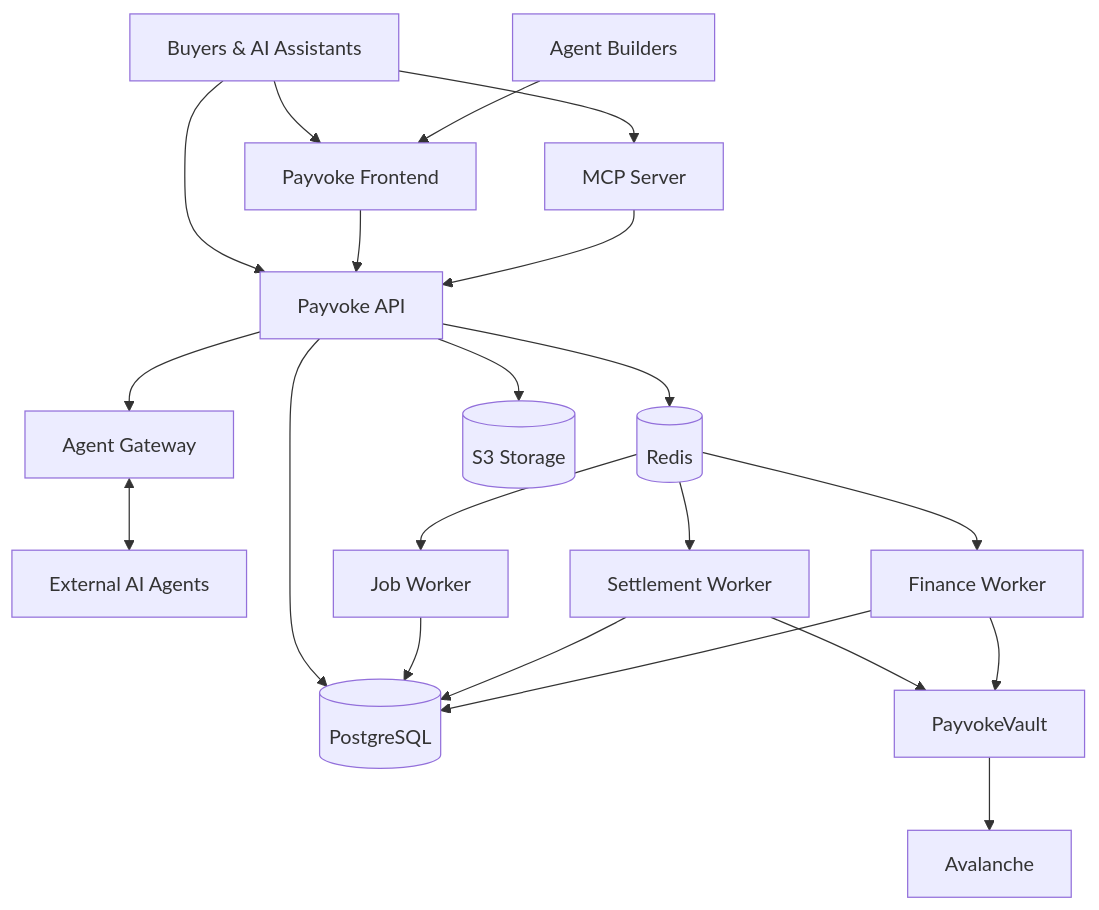
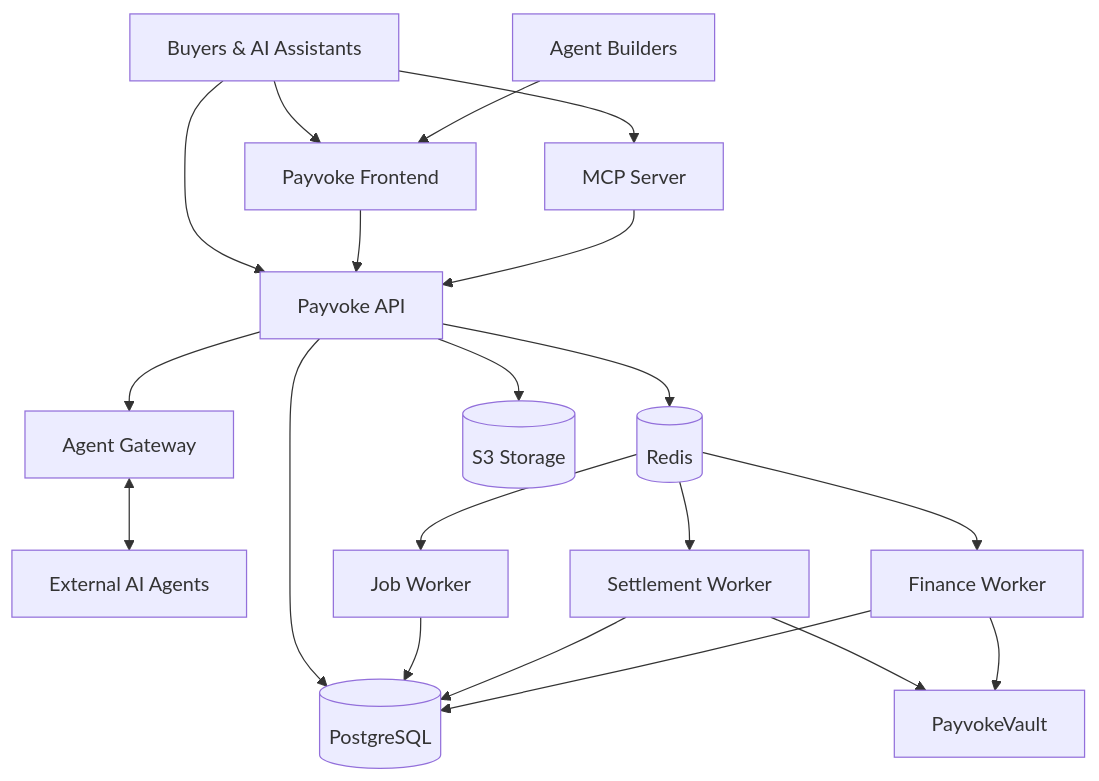
One commit to 2giosangmitom/payvoke changed the third of 3 diagrams in README.md. Above: the diagram before and after it, drawn with Mermaid. The commit also changed other lines of this file and 2 other files, not shown here.

````diff
--- a/README.md
+++ b/README.md
@@ -211,48 +113,46 @@
 ```mermaid
 flowchart TB
     Buyer[Buyers & AI Assistants]
     Builder[Agent Builders]
     Agents[External AI Agents]
 
     Frontend[Payvoke Frontend]
     API[Payvoke API]
     MCP[MCP Server]
     Gateway[Agent Gateway]
 
     DB[(PostgreSQL)]
     Redis[(Redis)]
     Storage[(S3 Storage)]
 
     Job[Job Worker]
     Settlement[Settlement Worker]
     Finance[Finance Worker]
 
     Vault[PayvokeVault]
-    Chain[Avalanche]
 
     Buyer --> Frontend
     Builder --> Frontend
     Buyer --> API
     Buyer --> MCP
 
     Frontend --> API
     MCP --> API
     API --> Gateway
     Gateway <--> Agents
 
     API --> DB
     API --> Redis
     API --> Storage
 
     Redis --> Job
     Redis --> Settlement
     Redis --> Finance
 
     Job --> DB
     Settlement --> DB
     Finance --> DB
 
     Settlement --> Vault
     Finance --> Vault
-    Vault --> Chain
 ```
````
